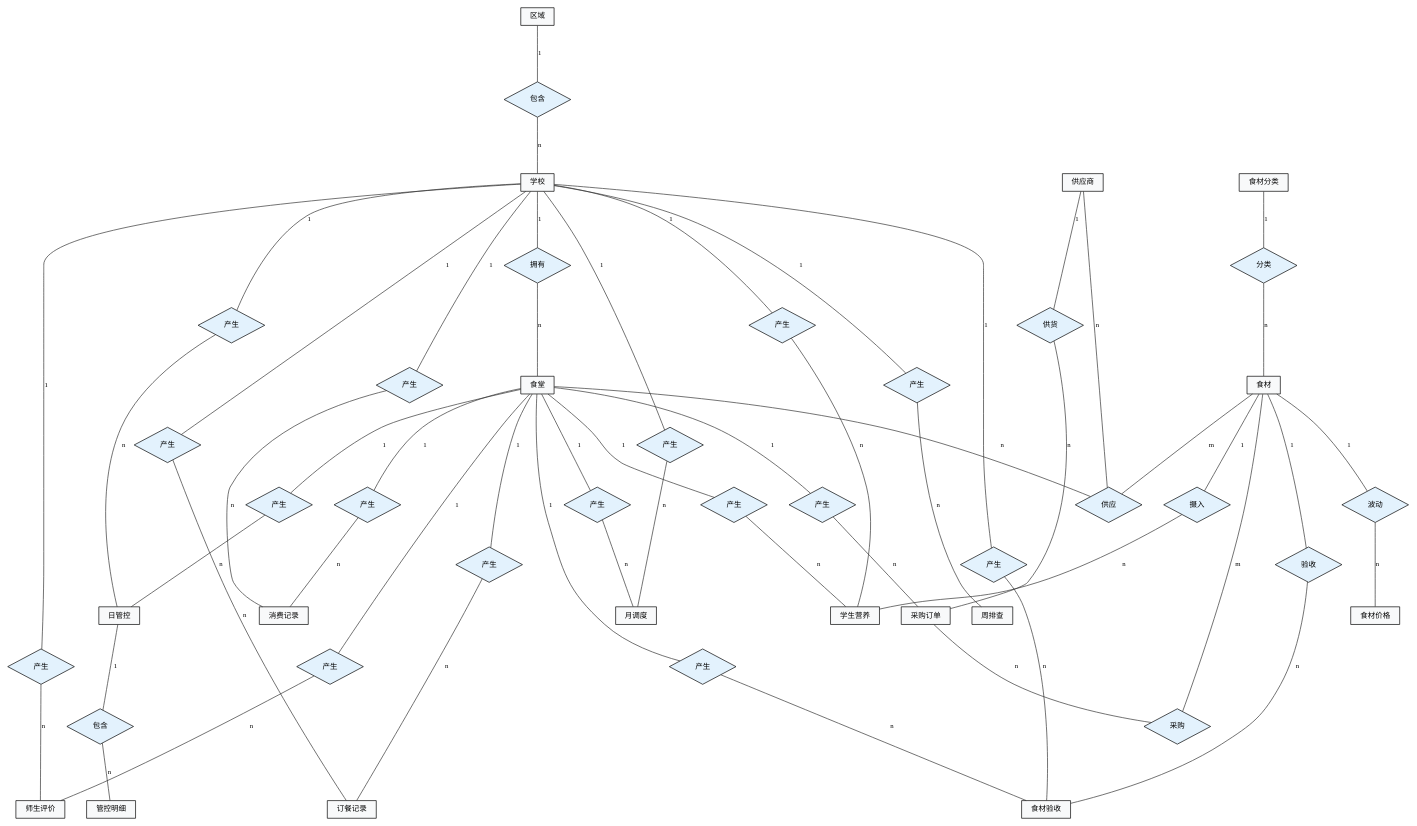
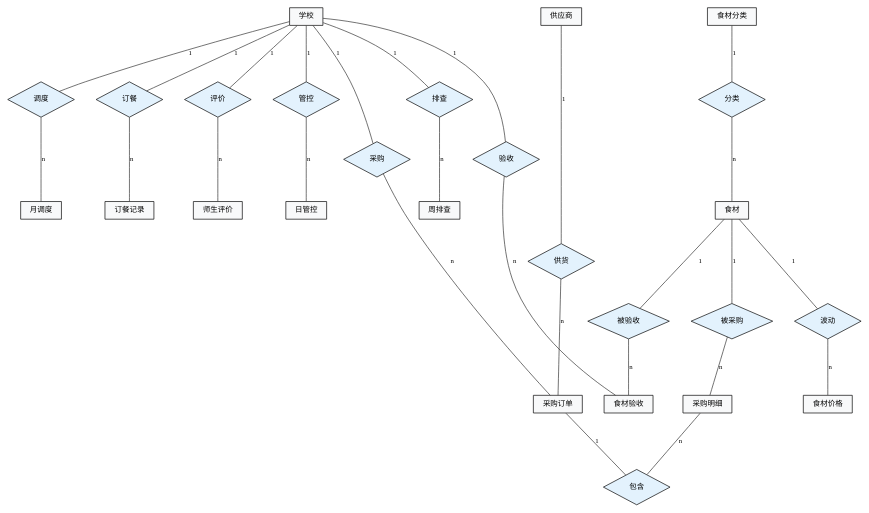
Before and after one commit to huaisu17/118-tourism-center: the diagram in data_view/docs/ER图.md, drawn with Graphviz. The commit also changed other lines of this file and 24 other files, not shown here.

Commit message:
chore: add WebFetch and WebSearch permissions, replace ER diagram

````diff
--- a/data_view/docs/ER图.md
+++ b/data_view/docs/ER图.md
@@ -25,188 +26,82 @@
     edge [fontname="Microsoft YaHei", fontsize=10,
           arrowhead=none, color="#333333"];
 
-    /* ============================================================
-       第一层：区域
-       ============================================================ */
-    Region [label="区域"];
-
-    /* ============================================================
-       第二层：学校、供应商、食材分类
-       ============================================================ */
     { rank=same;
       School [label="学校"];
       Supplier [label="供应商"];
       IngCat [label="食材分类"];
     }
 
-    /* ============================================================
-       第三层：食堂、食材
-       ============================================================ */
+    Ingredient [label="食材"];
+
     { rank=same;
-      Canteen [label="食堂"];
-      Ingredient [label="食材"];
+      Purchase [label="采购订单"];
+      PurItem [label="采购明细"];
     }
 
-    /* ============================================================
-       第四层：采购订单、食材价格
-       ============================================================ */
     { rank=same;
-      Purchase [label="采购订单"];
       PriceRec [label="食材价格"];
+      IngAccept [label="食材验收"];
     }
 
-    /* ============================================================
-       第五层：日管控、周排查、月调度
-       ============================================================ */
     { rank=same;
       DailyCtrl [label="日管控"];
       WeeklyInsp [label="周排查"];
       MonthlyDisp [label="月调度"];
+      Order [label="订餐记录"];
+      Evaluation [label="师生评价"];
     }
 
-    /* ============================================================
-       第六层：订餐记录、食材验收、师生评价、管控明细
-       ============================================================ */
-    { rank=same;
-      Order [label="订餐记录"];
-      IngAccept [label="食材验收"];
-      Evaluation [label="师生评价"];
-      DCItem [label="管控明细"];
-    }
+    R1 [shape=diamond, label="分类", fillcolor="#e3f2fd"];
+    IngCat -> R1 [label="1", len=0.3];
+    R1 -> Ingredient [label="n", len=0.3];
 
-    /* ============================================================
-       第七层：学生营养、消费记录
-       ============================================================ */
-    { rank=same;
-      StuNutri [label="学生营养"];
-      Consump [label="消费记录"];
-    }
+    R2 [shape=diamond, label="采购", fillcolor="#e3f2fd"];
+    School -> R2 [label="1", len=0.3];
+    R2 -> Purchase [label="n", len=0.3];
 
-    /* ============================================================
-       关系定义
-       ============================================================ */
+    R3 [shape=diamond, label="供货", fillcolor="#e3f2fd"];
+    Supplier -> R3 [label="1", len=0.3];
+    R3 -> Purchase [label="n", len=0.3];
 
-    /* 区域 包含 学校 */
-    R1 [shape=diamond, label="包含", fillcolor="#e3f2fd"];
-    Region -> R1 [label="1", len=0.3];
-    R1 -> School [label="n", len=0.3];
+    R4 [shape=diamond, label="包含", fillcolor="#e3f2fd"];
+    Purchase -> R4 [label="1", len=0.3];
+    R4 -> PurItem [label="n", len=0.3];
 
-    /* 学校 拥有 食堂 */
-    R2 [shape=diamond, label="拥有", fillcolor="#e3f2fd"];
-    School -> R2 [label="1", len=0.3];
-    R2 -> Canteen [label="n", len=0.3];
+    R5 [shape=diamond, label="被采购", fillcolor="#e3f2fd"];
+    Ingredient -> R5 [label="1", len=0.3];
+    R5 -> PurItem [label="n", len=0.3];
 
-    /* 食材分类 分类 食材 */
-    R3 [shape=diamond, label="分类", fillcolor="#e3f2fd"];
-    IngCat -> R3 [label="1", len=0.3];
-    R3 -> Ingredient [label="n", len=0.3];
-
-    /* 三元关系：供应商 + 食堂 + 食材 供应 */
-    R_supply [shape=diamond, label="供应", fillcolor="#e3f2fd"];
-    Supplier -> R_supply [label="n", len=0.4];
-    Canteen -> R_supply [label="n", len=0.4];
-    R_supply -> Ingredient [label="m", len=0.4];
-
-    /* 供应商 供货 采购订单 */
-    R4 [shape=diamond, label="供货", fillcolor="#e3f2fd"];
-    Supplier -> R4 [label="1", len=0.3];
-    R4 -> Purchase [label="n", len=0.3];
-
-    /* 食堂 产生 采购订单 */
-    R5 [shape=diamond, label="产生", fillcolor="#e3f2fd"];
-    Canteen -> R5 [label="1", len=0.3];
-    R5 -> Purchase [label="n", len=0.3];
-
-    /* 采购订单 采购 食材 */
-    R_purchase [shape=diamond, label="采购", fillcolor="#e3f2fd"];
-    Purchase -> R_purchase [label="n", len=0.3];
-    R_purchase -> Ingredient [label="m", len=0.3];
-
-    /* 食材 波动 食材价格 */
     R6 [shape=diamond, label="波动", fillcolor="#e3f2fd"];
     Ingredient -> R6 [label="1", len=0.3];
     R6 -> PriceRec [label="n", len=0.3];
 
-    /* 学校/食堂 产生 日管控 */
-    R7 [shape=diamond, label="产生", fillcolor="#e3f2fd"];
+    R7 [shape=diamond, label="验收", fillcolor="#e3f2fd"];
     School -> R7 [label="1", len=0.3];
-    R7 -> DailyCtrl [label="n", len=0.3];
+    R7 -> IngAccept [label="n", len=0.3];
 
-    R8 [shape=diamond, label="产生", fillcolor="#e3f2fd"];
-    Canteen -> R8 [label="1", len=0.3];
-    R8 -> DailyCtrl [label="n", len=0.3];
+    R8 [shape=diamond, label="被验收", fillcolor="#e3f2fd"];
+    Ingredient -> R8 [label="1", len=0.3];
+    R8 -> IngAccept [label="n", len=0.3];
 
-    /* 日管控 包含 管控明细 */
-    R9 [shape=diamond, label="包含", fillcolor="#e3f2fd"];
-    DailyCtrl -> R9 [label="1", len=0.3];
-    R9 -> DCItem [label="n", len=0.3];
+    R9 [shape=diamond, label="管控", fillcolor="#e3f2fd"];
+    School -> R9 [label="1", len=0.3];
+    R9 -> DailyCtrl [label="n", len=0.3];
 
-    /* 学校 产生 周排查 */
-    R10 [shape=diamond, label="产生", fillcolor="#e3f2fd"];
+    R10 [shape=diamond, label="排查", fillcolor="#e3f2fd"];
     School -> R10 [label="1", len=0.3];
     R10 -> WeeklyInsp [label="n", len=0.3];
 
-    /* 学校/食堂 产生 月调度 */
-    R11 [shape=diamond, label="产生", fillcolor="#e3f2fd"];
+    R11 [shape=diamond, label="调度", fillcolor="#e3f2fd"];
     School -> R11 [label="1", len=0.3];
     R11 -> MonthlyDisp [label="n", len=0.3];
 
-    R12 [shape=diamond, label="产生", fillcolor="#e3f2fd"];
-    Canteen -> R12 [label="1", len=0.3];
-    R12 -> MonthlyDisp [label="n", len=0.3];
+    R12 [shape=diamond, label="订餐", fillcolor="#e3f2fd"];
+    School -> R12 [label="1", len=0.3];
+    R12 -> Order [label="n", len=0.3];
 
-    /* 学校/食堂 产生 订餐记录 */
-    R13 [shape=diamond, label="产生", fillcolor="#e3f2fd"];
+    R13 [shape=diamond, label="评价", fillcolor="#e3f2fd"];
     School -> R13 [label="1", len=0.3];
-    R13 -> Order [label="n", len=0.3];
-
-    R14 [shape=diamond, label="产生", fillcolor="#e3f2fd"];
-    Canteen -> R14 [label="1", len=0.3];
-    R14 -> Order [label="n", len=0.3];
-
-    /* 学校/食堂 产生 食材验收；食材 验收 食材验收 */
-    R15 [shape=diamond, label="产生", fillcolor="#e3f2fd"];
-    School -> R15 [label="1", len=0.3];
-    R15 -> IngAccept [label="n", len=0.3];
-
-    R16 [shape=diamond, label="产生", fillcolor="#e3f2fd"];
-    Canteen -> R16 [label="1", len=0.3];
-    R16 -> IngAccept [label="n", len=0.3];
-
-    R17 [shape=diamond, label="验收", fillcolor="#e3f2fd"];
-    Ingredient -> R17 [label="1", len=0.3];
-    R17 -> IngAccept [label="n", len=0.3];
-
-    /* 学校/食堂 产生 师生评价 */
-    R18 [shape=diamond, label="产生", fillcolor="#e3f2fd"];
-    School -> R18 [label="1", len=0.3];
-    R18 -> Evaluation [label="n", len=0.3];
-
-    R19 [shape=diamond, label="产生", fillcolor="#e3f2fd"];
-    Canteen -> R19 [label="1", len=0.3];
-    R19 -> Evaluation [label="n", len=0.3];
-
-    /* 学校/食堂 产生 学生营养；食材 摄入 学生营养 */
-    R20 [shape=diamond, label="产生", fillcolor="#e3f2fd"];
-    School -> R20 [label="1", len=0.3];
-    R20 -> StuNutri [label="n", len=0.3];
-
-    R21 [shape=diamond, label="产生", fillcolor="#e3f2fd"];
-    Canteen -> R21 [label="1", len=0.3];
-    R21 -> StuNutri [label="n", len=0.3];
-
-    R22 [shape=diamond, label="摄入", fillcolor="#e3f2fd"];
-    Ingredient -> R22 [label="1", len=0.3];
-    R22 -> StuNutri [label="n", len=0.3];
-
-    /* 学校/食堂 产生 消费记录 */
-    R23 [shape=diamond, label="产生", fillcolor="#e3f2fd"];
-    School -> R23 [label="1", len=0.3];
-    R23 -> Consump [label="n", len=0.3];
-
-    R24 [shape=diamond, label="产生", fillcolor="#e3f2fd"];
-    Canteen -> R24 [label="1", len=0.3];
-    R24 -> Consump [label="n", len=0.3];
+    R13 -> Evaluation [label="n", len=0.3];
 }
-
 ```
````
